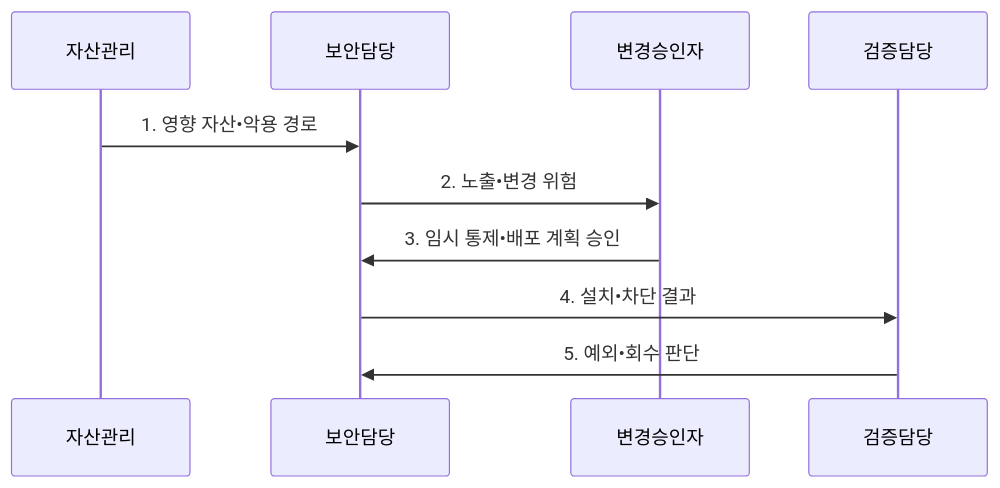
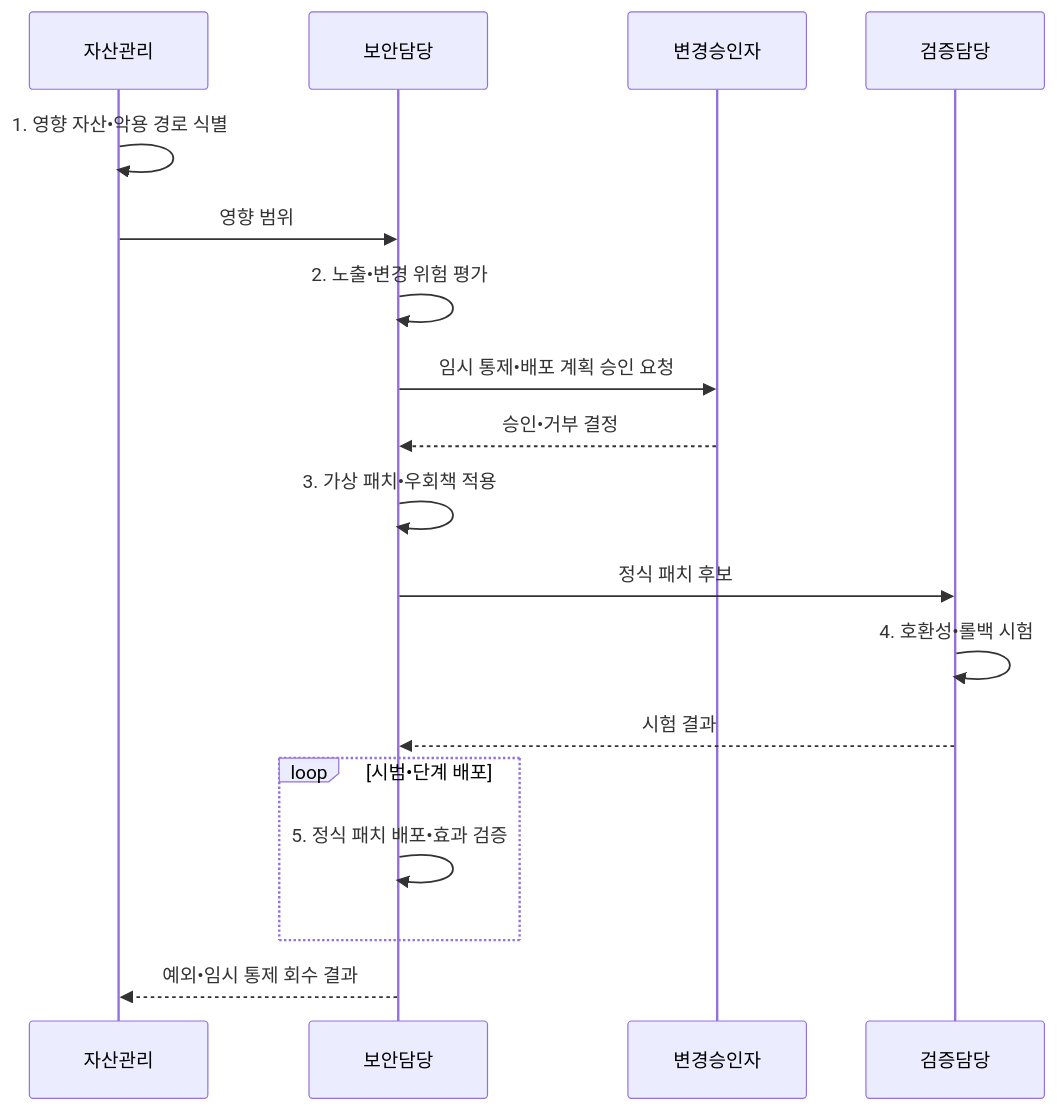
Before and after one commit to agnusdei1207/knowledge-base: the second of 2 diagrams in src/content/docs/notes/05-security/043_patch_management_virtual_patching.md, drawn with Mermaid. The commit also changed other lines of this file and 19 other files, not shown here.

````diff
--- a/src/content/docs/notes/05-security/043_patch_management_virtual_patching.md
+++ b/src/content/docs/notes/05-security/043_patch_management_virtual_patching.md
@@ -100,12 +100,20 @@
 ```mermaid
 sequenceDiagram
     participant 자산관리
     participant 보안담당
     participant 변경승인자
     participant 검증담당
-    자산관리->>보안담당: 1. 영향 자산•악용 경로
-    보안담당->>변경승인자: 2. 노출•변경 위험
-    변경승인자->>보안담당: 3. 임시 통제•배포 계획 승인
-    보안담당->>검증담당: 4. 설치•차단 결과
-    검증담당->>보안담당: 5. 예외•회수 판단
+    자산관리->>자산관리: 1. 영향 자산•악용 경로 식별
+    자산관리->>보안담당: 영향 범위
+    보안담당->>보안담당: 2. 노출•변경 위험 평가
+    보안담당->>변경승인자: 임시 통제•배포 계획 승인 요청
+    변경승인자-->>보안담당: 승인•거부 결정
+    보안담당->>보안담당: 3. 가상 패치•우회책 적용
+    보안담당->>검증담당: 정식 패치 후보
+    검증담당->>검증담당: 4. 호환성•롤백 시험
+    검증담당-->>보안담당: 시험 결과
+    loop 시범•단계 배포
+        보안담당->>보안담당: 5. 정식 패치 배포•효과 검증
+    end
+    보안담당-->>자산관리: 예외•임시 통제 회수 결과
 ```
````
